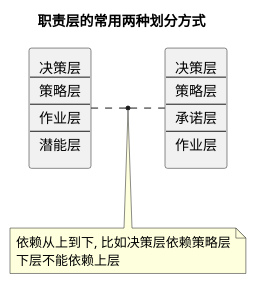
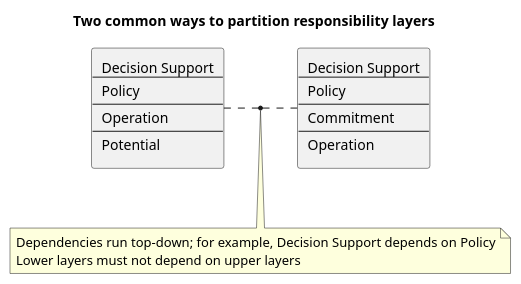
One commit to lindezhong/nvim-config changed diagram 18 of 19 in snippets/ddd.md. Above: the diagram before and after it, drawn with PlantUML. The commit also changed other lines of this file and 17 other files, not shown here.

````diff
--- a/snippets/ddd.md
+++ b/snippets/ddd.md
@@ -1390,36 +1758,36 @@
 ```plantuml
 @startuml
 allowmixing
-title 职责层的常用两种划分方式
+title Two common ways to partition responsibility layers
 
-rectangle 指责层1 [
-    决策层
+rectangle rl1 [
+    Decision Support
     ----
-    策略层
+    Policy
     ----
-    作业层
+    Operation
     ----
-    潜能层
+    Potential
 ]
 
 
-rectangle 指责层2 [
-    决策层
+rectangle rl2 [
+    Decision Support
     ----
-    策略层
+    Policy
     ----
-    承诺层
+    Commitment
     ----
-    作业层
+    Operation
 ]
 
 note as note
-依赖从上到下, 比如决策层依赖策略层
-下层不能依赖上层
+Dependencies run top-down; for example, Decision Support depends on Policy
+Lower layers must not depend on upper layers
 end note
-指责层1 .left[hidden]. 指责层2
+rl1 .left[hidden]. rl2
 
-(指责层1,指责层2) .. note
+(rl1,rl2) .. note
 
 @enduml
 ```
````
